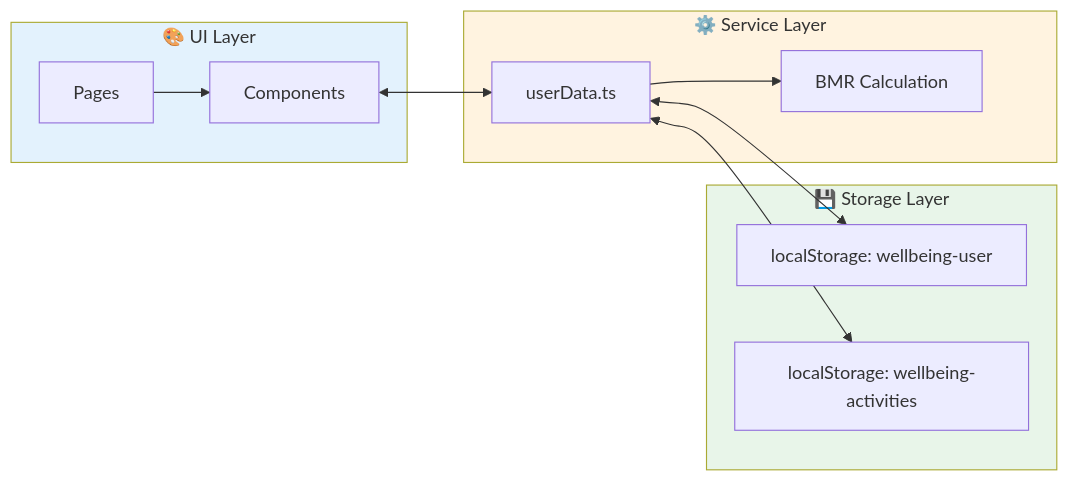
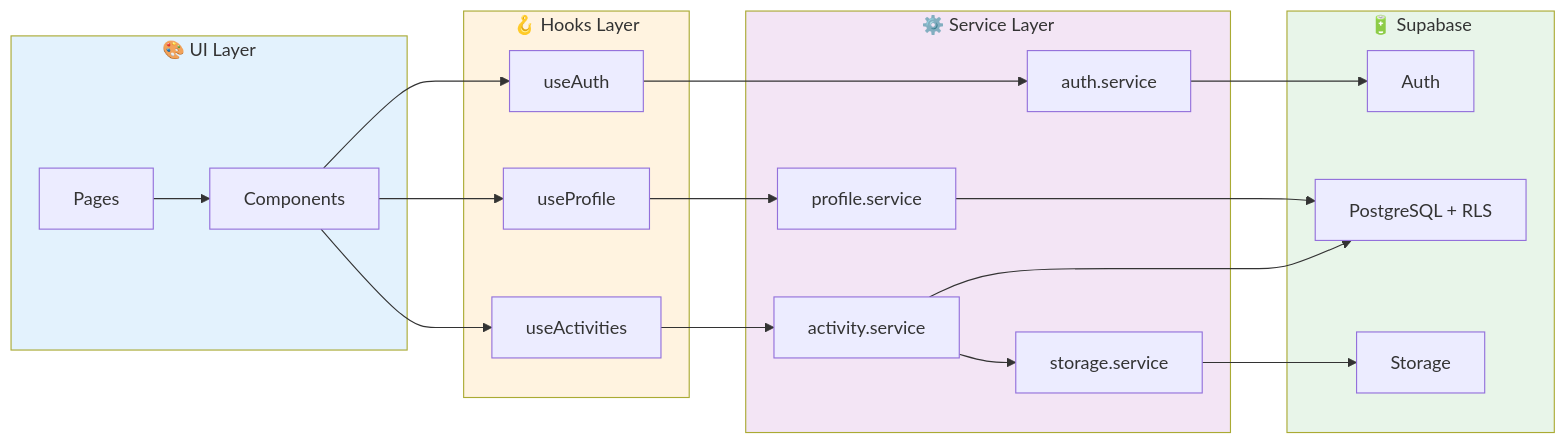
Before and after one commit to ilhaminudin24/ITDigital-wellbeing: the third of 4 diagrams in docs/core_process.md, drawn with Mermaid. The commit also changed other lines of this file and 5 other files, not shown here.

````diff
--- a/docs/core_process.md
+++ b/docs/core_process.md
@@ -151,27 +152,38 @@
 ```mermaid
 flowchart LR
     subgraph UI["🎨 UI Layer"]
         A[Pages]
         B[Components]
     end
 
-    subgraph Service["⚙️ Service Layer"]
-        C[userData.ts]
-        D[BMR Calculation]
+    subgraph Hooks["🪝 Hooks Layer"]
+        C[useAuth]
+        D[useProfile]
+        E[useActivities]
     end
 
-    subgraph Storage["💾 Storage Layer"]
-        E[localStorage: wellbeing-user]
-        F[localStorage: wellbeing-activities]
+    subgraph Service["⚙️ Service Layer"]
+        F[auth.service]
+        G[profile.service]
+        H[activity.service]
+        I[storage.service]
+    end
+
+    subgraph Backend["🔋 Supabase"]
+        J[Auth]
+        K[PostgreSQL + RLS]
+        L[Storage]
     end
 
     A --> B
-    B <--> C
-    C --> D
-    C <--> E
-    C <--> F
+    B --> C & D & E
+    C --> F --> J
+    D --> G --> K
+    E --> H --> K
+    H --> I --> L
 
     style UI fill:#e3f2fd
-    style Service fill:#fff3e0
-    style Storage fill:#e8f5e9
+    style Hooks fill:#fff3e0
+    style Service fill:#f3e5f5
+    style Backend fill:#e8f5e9
 ```
````
